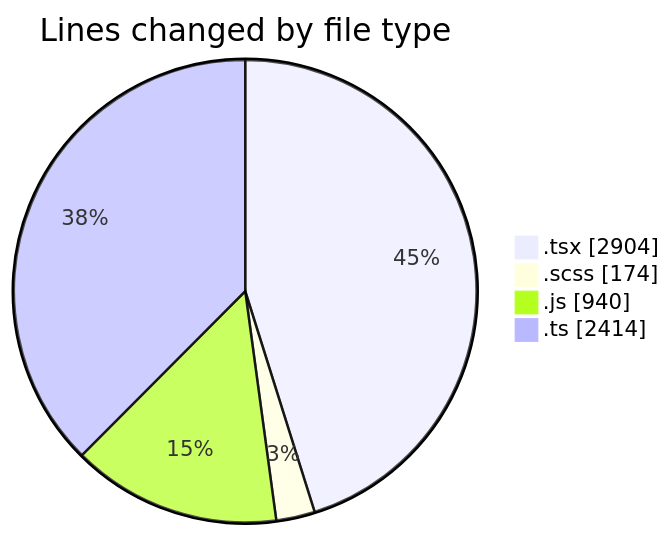
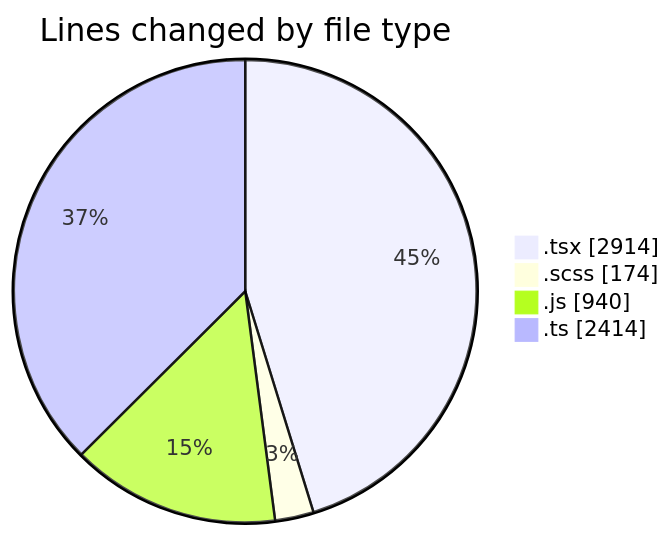
One commit to momahboobian/code-tracking changed the first of 2 diagrams in 2026-07-15/cda/README.md. Above: the diagram before and after it, drawn with Mermaid. The commit also changed other lines of this file and 1 other file, not shown here.

````diff
--- a/2026-07-15/cda/README.md
+++ b/2026-07-15/cda/README.md
@@ -51,8 +51,8 @@
 ```mermaid
 pie showData
 title Lines changed by file type
-".tsx" : 2904
+".tsx" : 2914
 ".scss" : 174
 ".js" : 940
 ".ts" : 2414
 ```
````
